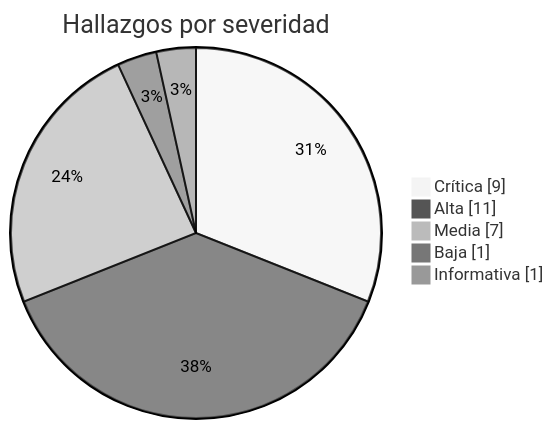
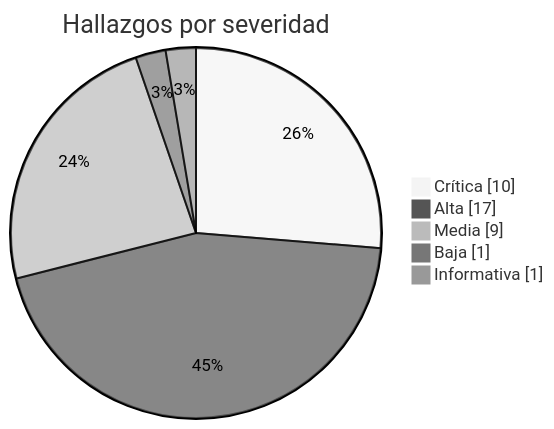
Before and after one commit to NiettoFrann/hacker-odyssey: the first of 2 diagrams in README.md, drawn with Mermaid (neutral theme). The commit also changed other lines of this file, not shown here.

````diff
--- a/README.md
+++ b/README.md
@@ -97,8 +111,8 @@
 ```mermaid
 pie showData title Hallazgos por severidad
-    "Crítica" : 9
-    "Alta" : 11
-    "Media" : 7
+    "Crítica" : 10
+    "Alta" : 17
+    "Media" : 9
     "Baja" : 1
     "Informativa" : 1
 ```
````
